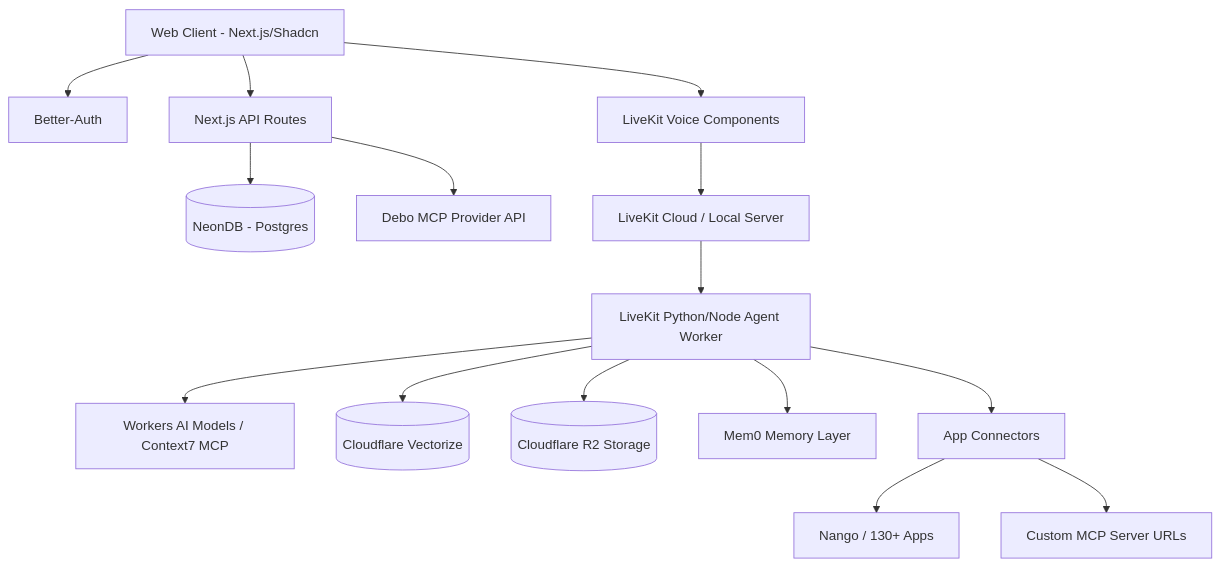
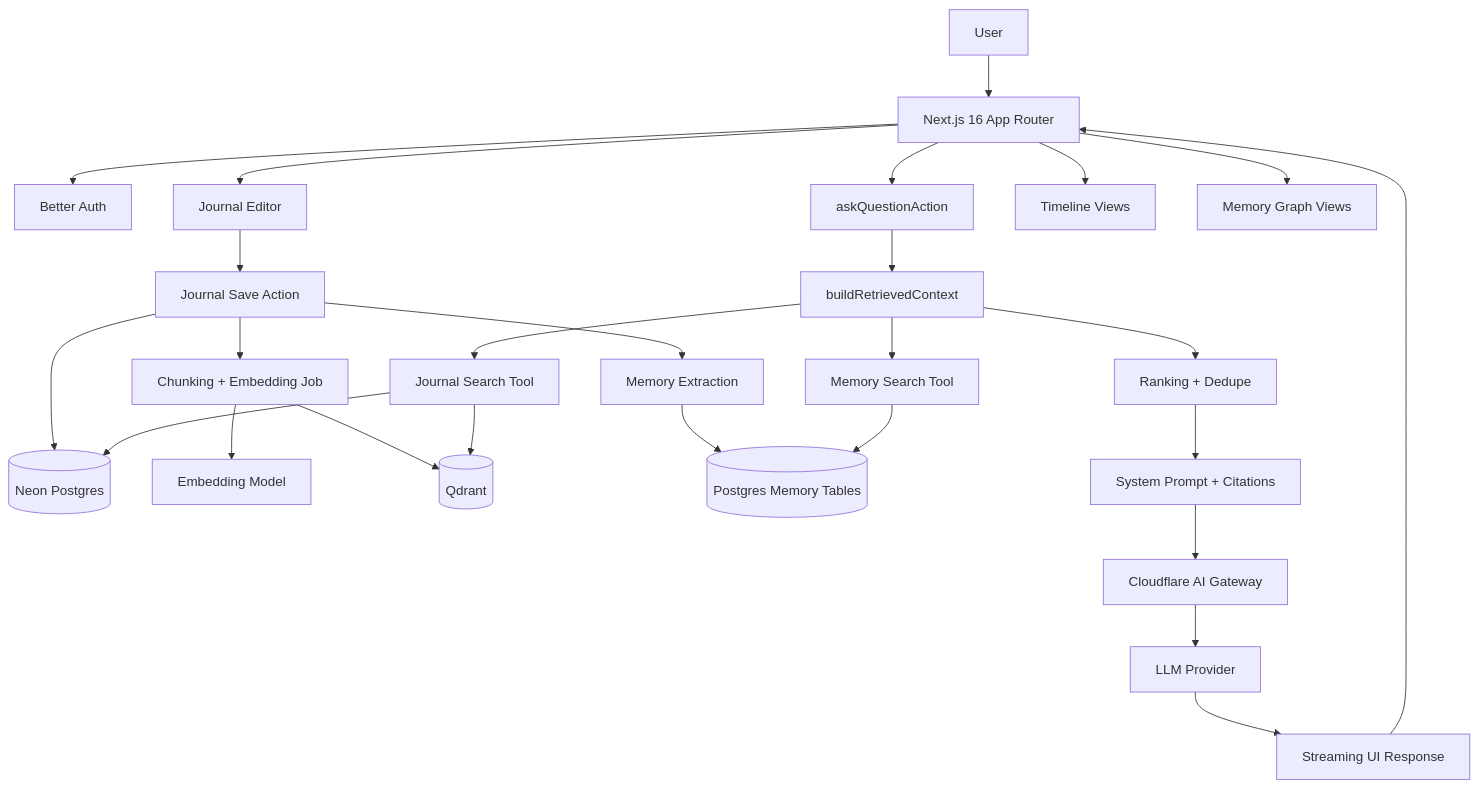
One commit to SH20RAJ/debo changed the diagram in docs/ARCHITECTURE.md. Above: the diagram before and after it, drawn with Mermaid. The commit also changed other lines of this file and 52 other files, not shown here.

First line of the commit message:
feat: add entity extraction and ranking for journaling system

````diff
--- a/docs/ARCHITECTURE.md
+++ b/docs/ARCHITECTURE.md
@@ -6,21 +11,30 @@
 ```mermaid
 graph TD
-    Client[Web Client - Next.js/Shadcn] --> NextAuth[Better-Auth]
-    Client --> NextAPI[Next.js API Routes]
-    Client --> LiveKitClient[LiveKit Voice Components]
-    
-    NextAPI --> NeonDB[(NeonDB - Postgres)]
-    
-    LiveKitClient --> LiveKitServer[LiveKit Cloud / Local Server]
-    LiveKitServer --> AgentProcess[LiveKit Python/Node Agent Worker]
-    AgentProcess --> CFWorkersAI[Workers AI Models / Context7 MCP]
-    AgentProcess --> Vectorize[(Cloudflare Vectorize)]
-    AgentProcess --> R2[(Cloudflare R2 Storage)]
-    AgentProcess --> Mem0[Mem0 Memory Layer]
-    
-    AgentProcess --> ConnectorAPI[App Connectors]
-    ConnectorAPI --> NativeOAuth[Nango / 130+ Apps]
-    ConnectorAPI --> CustomMCP[Custom MCP Server URLs]
-    
-    NextAPI --> DeboMCP[Debo MCP Provider API]
+    User[User] --> App[Next.js 16 App Router]
+    App --> Auth[Better Auth]
+    App --> Editor[Journal Editor]
+    App --> Ask[askQuestionAction]
+    App --> Timeline[Timeline Views]
+    App --> Graph[Memory Graph Views]
+
+    Editor --> Save[Journal Save Action]
+    Save --> DB[(Neon Postgres)]
+    Save --> Chunk[Chunking + Embedding Job]
+    Chunk --> Embeddings[Embedding Model]
+    Chunk --> Qdrant[(Qdrant)]
+    Save --> MemoryExtract[Memory Extraction]
+    MemoryExtract --> MemoryStore[(Postgres Memory Tables)]
+
+    Ask --> Context[buildRetrievedContext]
+    Context --> JournalSearch[Journal Search Tool]
+    Context --> MemorySearch[Memory Search Tool]
+    JournalSearch --> Qdrant
+    JournalSearch --> DB
+    MemorySearch --> MemoryStore
+    Context --> Rank[Ranking + Dedupe]
+    Rank --> Prompt[System Prompt + Citations]
+    Prompt --> Gateway[Cloudflare AI Gateway]
+    Gateway --> Model[LLM Provider]
+    Model --> Stream[Streaming UI Response]
+    Stream --> App
 ```
````
